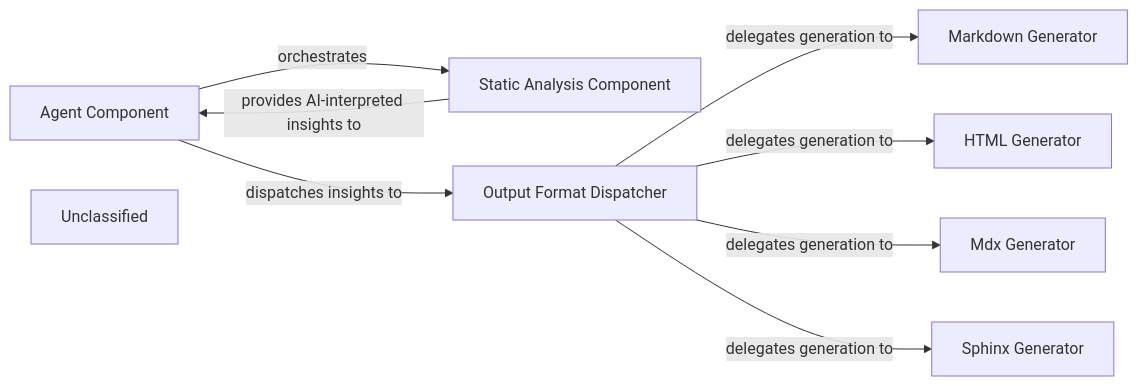
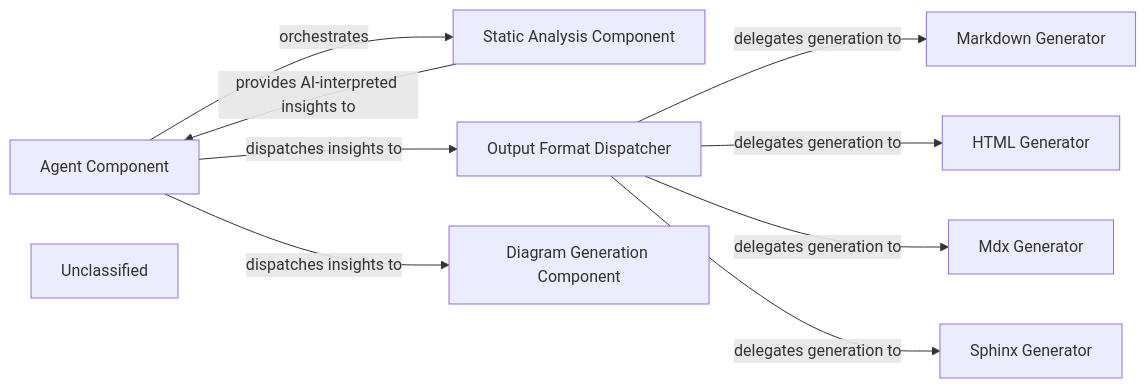
Before and after one commit to CodeBoarding/CodeBoarding: the diagram in .codeboarding/Output_Generation_Engine.md, drawn with Mermaid. The commit also changed other lines of this file and 17 other files, not shown here.

First line of the commit message:
docs: update codeboarding documentation and generate architecture

````diff
--- a/.codeboarding/Output_Generation_Engine.md
+++ b/.codeboarding/Output_Generation_Engine.md
@@ -1,18 +1,20 @@
 ```mermaid
 graph LR
     Agent_Component["Agent Component"]
     Static_Analysis_Component["Static Analysis Component"]
     Output_Format_Dispatcher["Output Format Dispatcher"]
     Markdown_Generator["Markdown Generator"]
     HTML_Generator["HTML Generator"]
     Mdx_Generator["Mdx Generator"]
     Sphinx_Generator["Sphinx Generator"]
+    Diagram_Generation_Component["Diagram Generation Component"]
     Unclassified["Unclassified"]
     Agent_Component -- "orchestrates" --> Static_Analysis_Component
     Agent_Component -- "dispatches insights to" --> Output_Format_Dispatcher
+    Agent_Component -- "dispatches insights to" --> Diagram_Generation_Component
     Static_Analysis_Component -- "provides AI-interpreted insights to" --> Agent_Component
     Output_Format_Dispatcher -- "delegates generation to" --> Markdown_Generator
     Output_Format_Dispatcher -- "delegates generation to" --> HTML_Generator
     Output_Format_Dispatcher -- "delegates generation to" --> Mdx_Generator
     Output_Format_Dispatcher -- "delegates generation to" --> Sphinx_Generator
 ```
````
